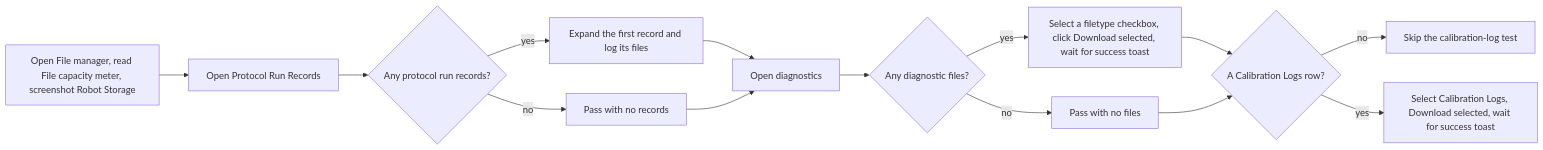
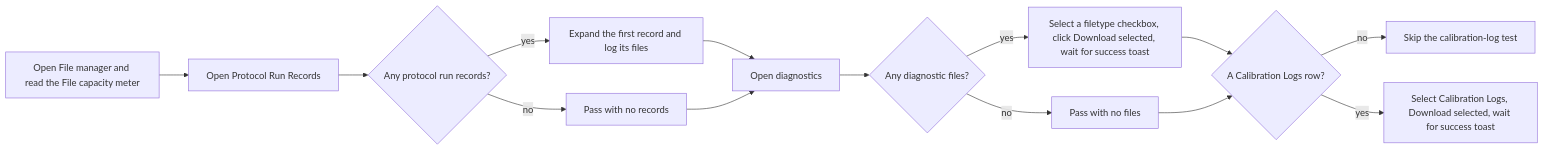
One commit to Opentrons/AppE2E changed the fourth of 12 diagrams in TEST_FLOWS_APP.md. Above: the diagram before and after it, drawn with Mermaid. The commit also changed other lines of this file and 33 other files, not shown here.

Commit message:
We are removing all screenshots that are unnecessary per the new architecture

````diff
--- a/TEST_FLOWS_APP.md
+++ b/TEST_FLOWS_APP.md
@@ -97,16 +97,16 @@
 ```mermaid
 flowchart LR
-  cap["Open File manager, read File capacity meter, screenshot Robot Storage"] --> rec["Open Protocol Run Records"]
+  cap["Open File manager and read the File capacity meter"] --> rec["Open Protocol Run Records"]
   rec --> rows{"Any protocol run records?"}
   rows -->|no| emptyRec["Pass with no records"]
   rows -->|yes| expand["Expand the first record and log its files"]
   expand --> diag["Open diagnostics"]
   emptyRec --> diag
   diag --> drows{"Any diagnostic files?"}
   drows -->|no| emptyDiag["Pass with no files"]
   drows -->|yes| select["Select a filetype checkbox, click Download selected, wait for success toast"]
   select --> logs{"A Calibration Logs row?"}
   emptyDiag --> logs
   logs -->|no| skipLogs["Skip the calibration-log test"]
   logs -->|yes| pick["Select Calibration Logs, Download selected, wait for success toast"]
 ```
````
